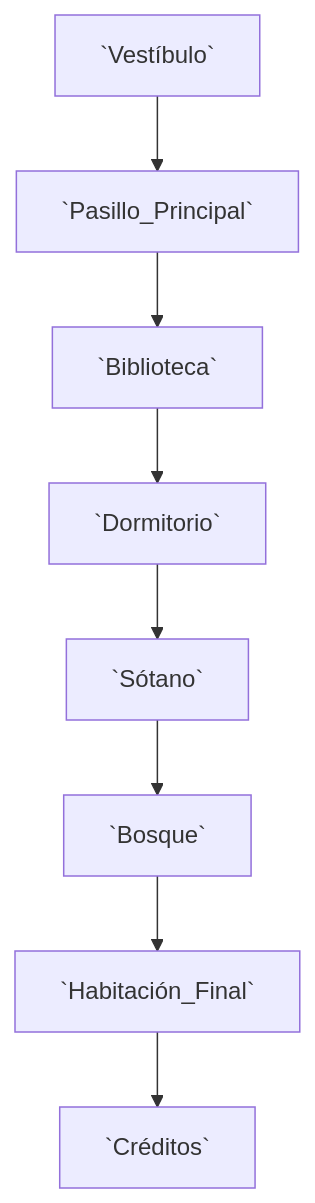
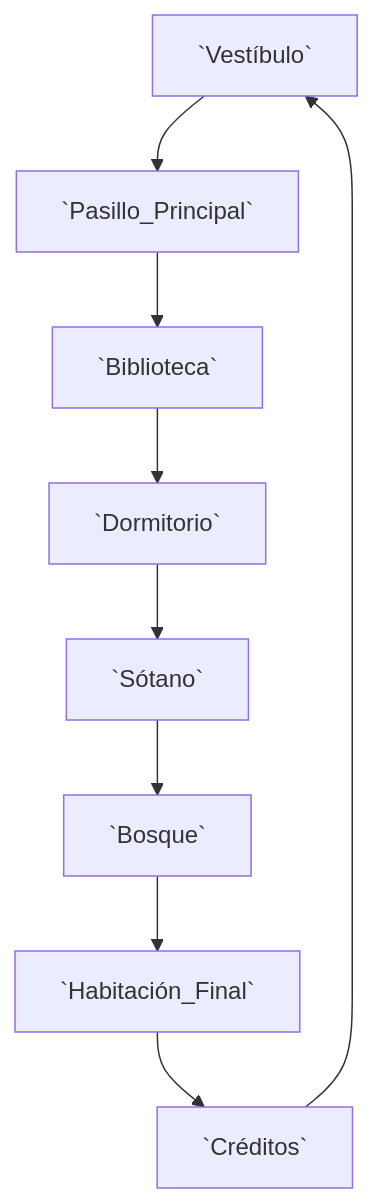
One commit to LAS1819/gameoff2026-gamejam changed the diagram in Docs/01-Game-Design/Gameplay/Puzzle-Flow.md. Above: the diagram before and after it, drawn with Mermaid. The commit also changed other lines of this file and 13 other files, not shown here.

````diff
--- a/Docs/01-Game-Design/Gameplay/Puzzle-Flow.md
+++ b/Docs/01-Game-Design/Gameplay/Puzzle-Flow.md
@@ -248,10 +241,11 @@
 ```mermaid
 graph TD
     `Vestíbulo` --> `Pasillo_Principal`
     `Pasillo_Principal` --> `Biblioteca`
     `Biblioteca` --> `Dormitorio`
     `Dormitorio` --> `Sótano`
     `Sótano` --> `Bosque`
     `Bosque` --> `Habitación_Final`
     `Habitación_Final` --> `Créditos`
+    `Créditos` --> `Vestíbulo`
 ```
````
